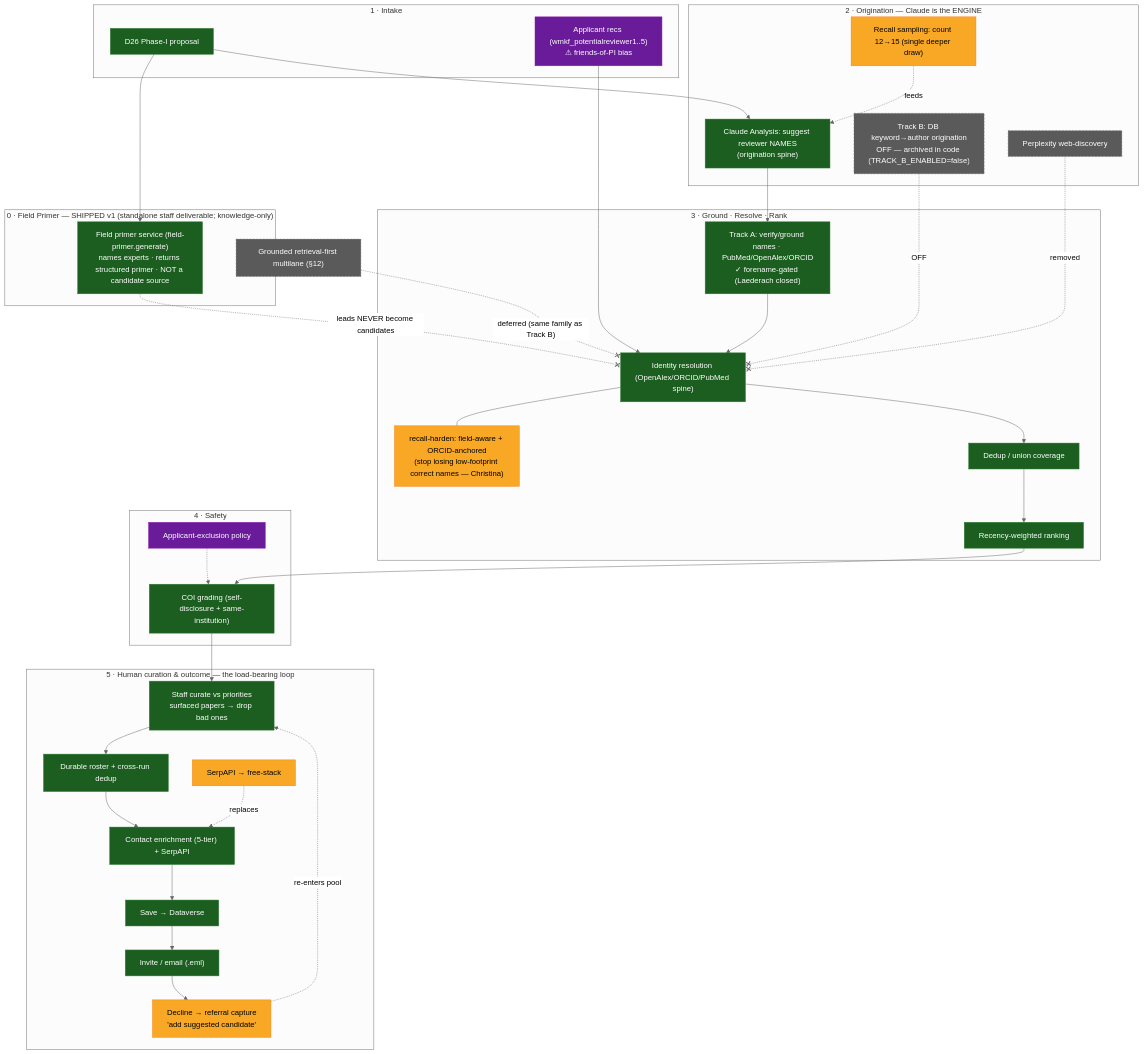
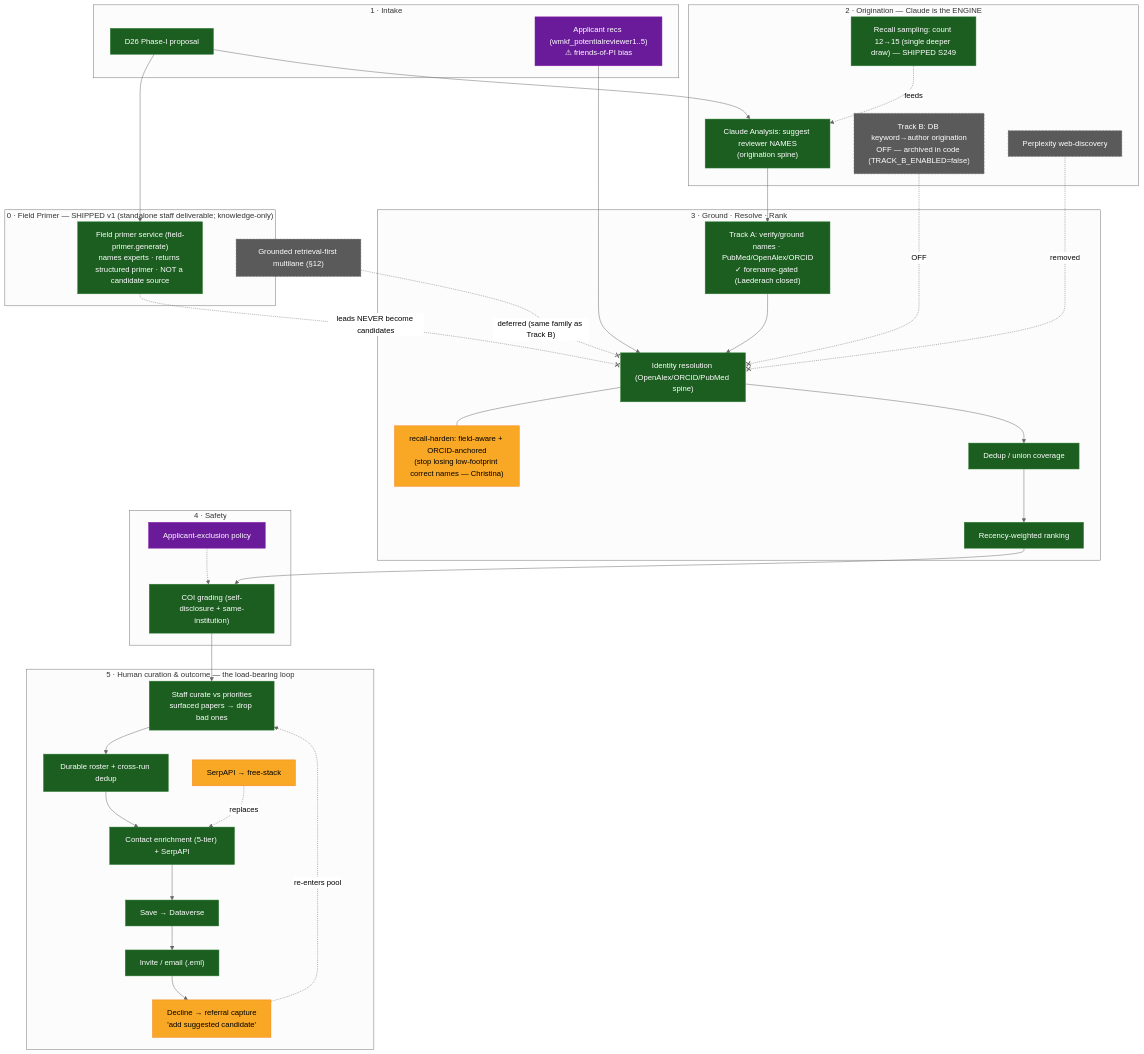
Before and after one commit to justingallivan/wmkf-research-apps: the diagram in docs/REVIEWER_FINDER_D26_PIPELINE_FLOWCHART.md, drawn with Mermaid (neutral theme). The commit also changed other lines of this file and 10 other files, not shown here.

````diff
--- a/docs/REVIEWER_FINDER_D26_PIPELINE_FLOWCHART.md
+++ b/docs/REVIEWER_FINDER_D26_PIPELINE_FLOWCHART.md
@@ -24,70 +24,70 @@
 ```mermaid
 flowchart TD
     subgraph PRIMER["0 · Field Primer — SHIPPED v1 (standalone staff deliverable; knowledge-only)"]
         PR["Field primer service (field-primer.generate)<br/>names experts · returns structured primer · NOT a candidate source"]
     end
 
     subgraph INPUT["1 · Intake"]
         P[D26 Phase-I proposal]
         AppRecs["Applicant recs (wmkf_potentialreviewer1..5)<br/>⚠ friends-of-PI bias"]
     end
 
     subgraph ORIG["2 · Origination — Claude is the ENGINE"]
         CA["Claude Analysis: suggest reviewer NAMES<br/>(origination spine)"]
-        RS["Recall sampling: count 12→15 (single deeper draw)"]
+        RS["Recall sampling: count 12→15 (single deeper draw) — SHIPPED S249"]
         TB["Track B: DB keyword→author origination<br/>OFF — archived in code (TRACK_B_ENABLED=false)"]
         WEB["Perplexity web-discovery"]
     end
 
     subgraph GROUND["3 · Ground · Resolve · Rank"]
         TA["Track A: verify/ground names · PubMed/OpenAlex/ORCID<br/>✓ forename-gated (Laederach closed)"]
         ID["Identity resolution (OpenAlex/ORCID/PubMed spine)"]
         IDFIX["recall-harden: field-aware + ORCID-anchored<br/>(stop losing low-footprint correct names — Christina)"]
         DD["Dedup / union coverage"]
         RK["Recency-weighted ranking"]
     end
 
     subgraph GATE["4 · Safety"]
         COI["COI grading (self-disclosure + same-institution)"]
         EXC["Applicant-exclusion policy"]
     end
 
     subgraph HUMAN["5 · Human curation & outcome — the load-bearing loop"]
         CUR["Staff curate vs priorities<br/>surfaced papers → drop bad ones"]
         ROSTER["Durable roster + cross-run dedup"]
         ENR["Contact enrichment (5-tier) + SerpAPI"]
         SERP["SerpAPI → free-stack"]
         SAVE["Save → Dataverse"]
         INVITE["Invite / email (.eml)"]
         REF["Decline → referral capture<br/>'add suggested candidate'"]
     end
 
     GROUNDED["Grounded retrieval-first multilane (§12)"]
 
     P --> PR
     P --> CA
     RS -.feeds.-> CA
     AppRecs --> ID
     CA --> TA --> ID
     TB -. OFF .-x ID
     WEB -. removed .-x ID
     PR -. leads NEVER become candidates .-x ID
     ID --- IDFIX
     ID --> DD --> RK --> COI
     EXC -.-> COI
     COI --> CUR --> ROSTER --> ENR --> SAVE --> INVITE
     SERP -. replaces .-> ENR
     INVITE --> REF
     REF -. re-enters pool .-> CUR
     GROUNDED -. deferred (same family as Track B) .-x ID
 
     classDef exists fill:#1b5e20,stroke:#2e7d32,color:#fff
     classDef build fill:#f9a825,stroke:#f57f17,color:#000
     classDef dead fill:#5a5a5a,stroke:#777,color:#fff,stroke-dasharray:4 3
     classDef open fill:#6a1b9a,stroke:#8e24aa,color:#fff
 
-    class P,CA,TA,ID,DD,RK,COI,CUR,ROSTER,ENR,SAVE,INVITE,PR exists
-    class RS,IDFIX,SERP,REF build
+    class P,CA,TA,ID,DD,RK,COI,CUR,ROSTER,ENR,SAVE,INVITE,PR,RS exists
+    class IDFIX,SERP,REF build
     class WEB,GROUNDED,TB dead
     class EXC,AppRecs open
 ```
````
